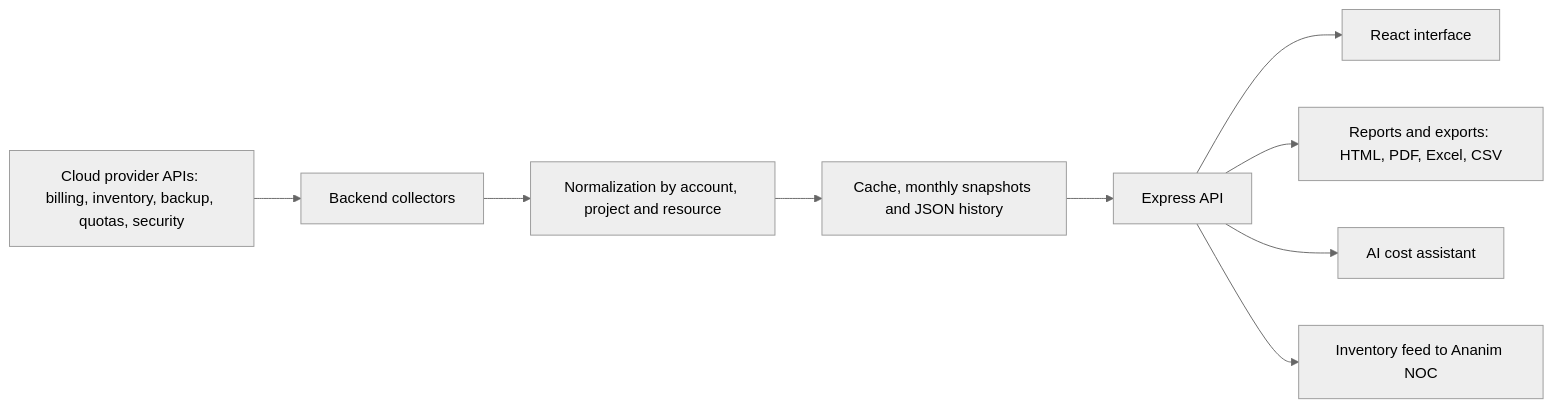
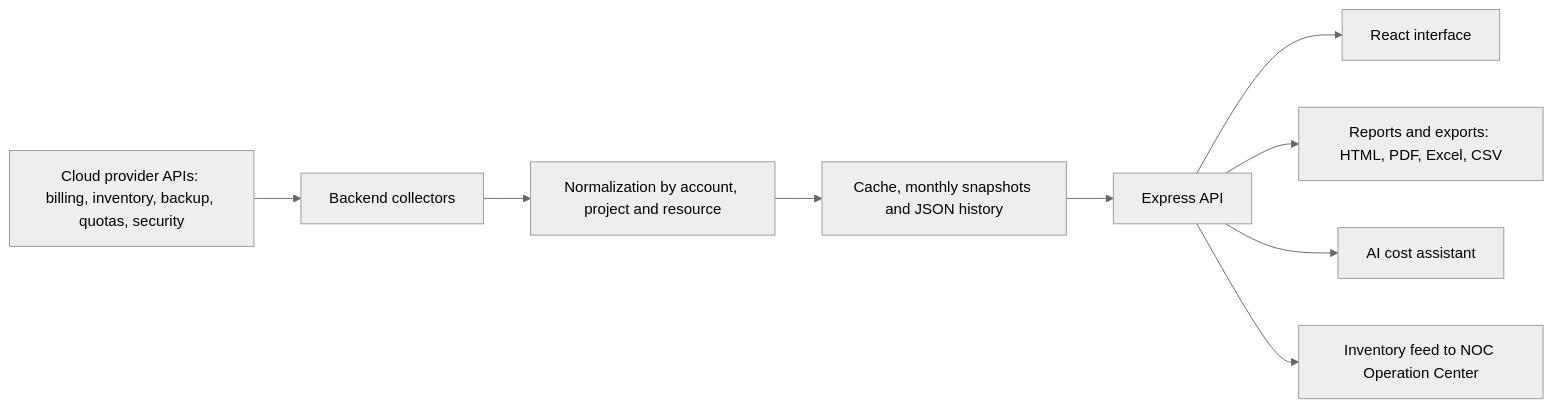
One commit to gsouzacloud/cloud-report-portfolio changed the first of 2 diagrams in ARCHITECTURE.md. Above: the diagram before and after it, drawn with Mermaid (neutral theme). The commit also changed other lines of this file and 23 other files, not shown here.

Commit message:
Rename projects (NOC Operation Center, Cloud Report, Shield) and blur account names/brand in screenshots

````diff
--- a/ARCHITECTURE.md
+++ b/ARCHITECTURE.md
@@ -9,11 +9,11 @@
 ```mermaid
 flowchart LR
   A[Cloud provider APIs: billing, inventory, backup, quotas, security] --> B[Backend collectors]
   B --> C[Normalization by account, project and resource]
   C --> D[Cache, monthly snapshots and JSON history]
   D --> E[Express API]
   E --> F[React interface]
   E --> G[Reports and exports: HTML, PDF, Excel, CSV]
   E --> H[AI cost assistant]
-  E --> I[Inventory feed to Ananim NOC]
+  E --> I[Inventory feed to NOC Operation Center]
 ```
````
